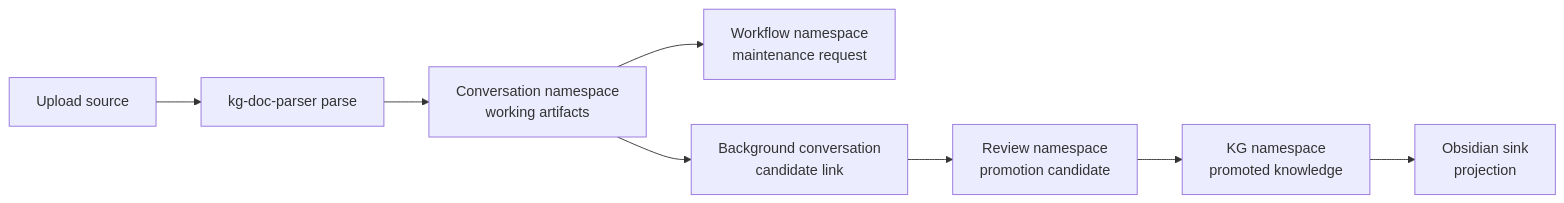
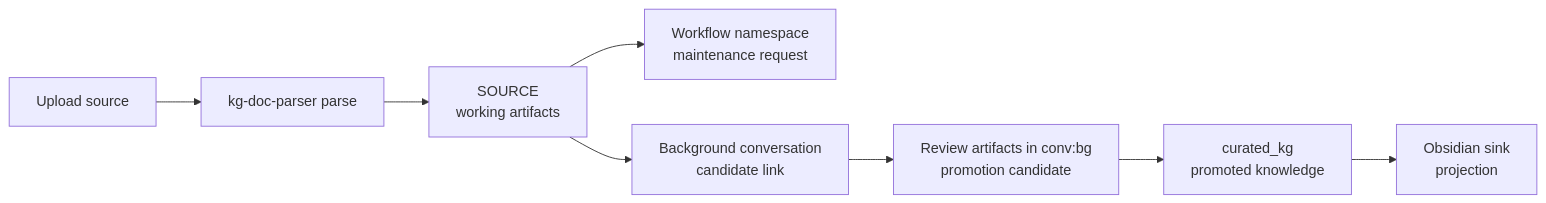
Before and after one commit to humblemat810/kogwistar-llm-wiki: the diagram in doc/happy_paths.md, drawn with Mermaid. The commit also changed other lines of this file and 4 other files, not shown here.

````diff
--- a/doc/happy_paths.md
+++ b/doc/happy_paths.md
@@ -12,10 +12,10 @@
 ```mermaid
 flowchart LR
     A[Upload source] --> B[kg-doc-parser parse]
-    B --> C[Conversation namespace<br/>working artifacts]
+    B --> C[SOURCE<br/>working artifacts]
     C --> D[Workflow namespace<br/>maintenance request]
     C --> E[Background conversation<br/>candidate link]
-    E --> F[Review namespace<br/>promotion candidate]
-    F --> G[KG namespace<br/>promoted knowledge]
+    E --> F[Review artifacts in conv:bg<br/>promotion candidate]
+    F --> G[curated_kg<br/>promoted knowledge]
     G --> H[Obsidian sink<br/>projection]
 ```
````
